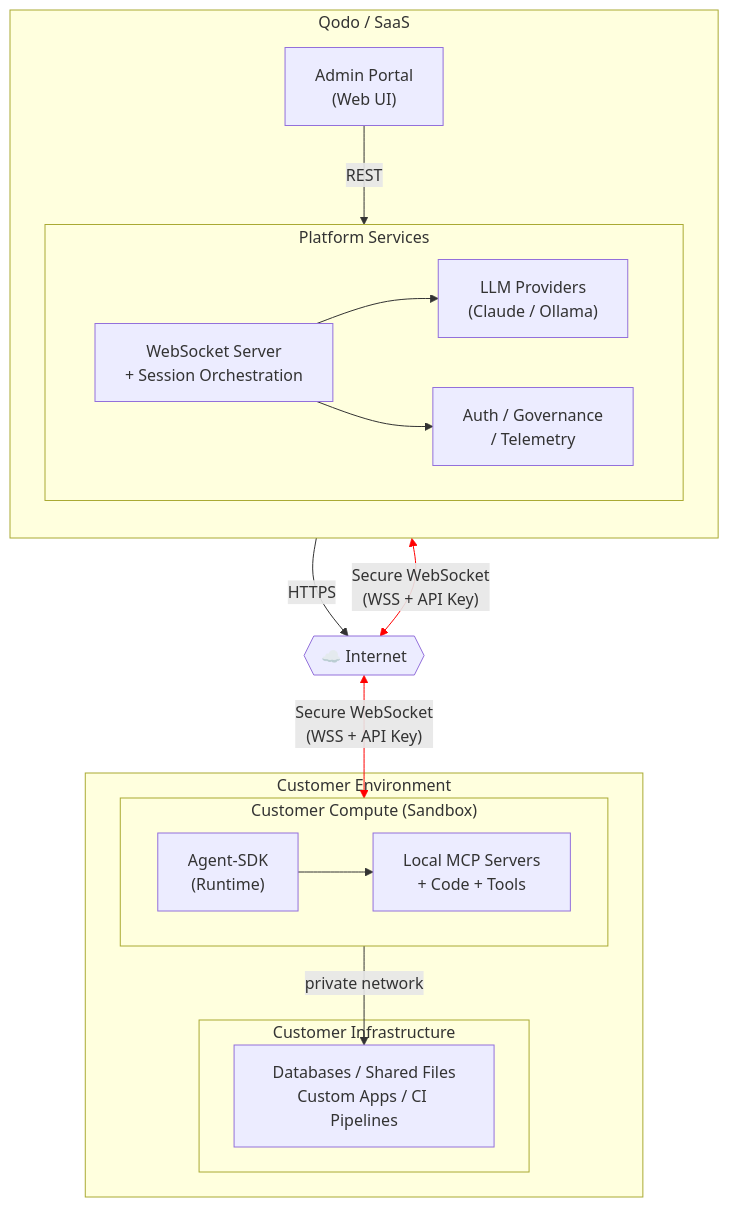
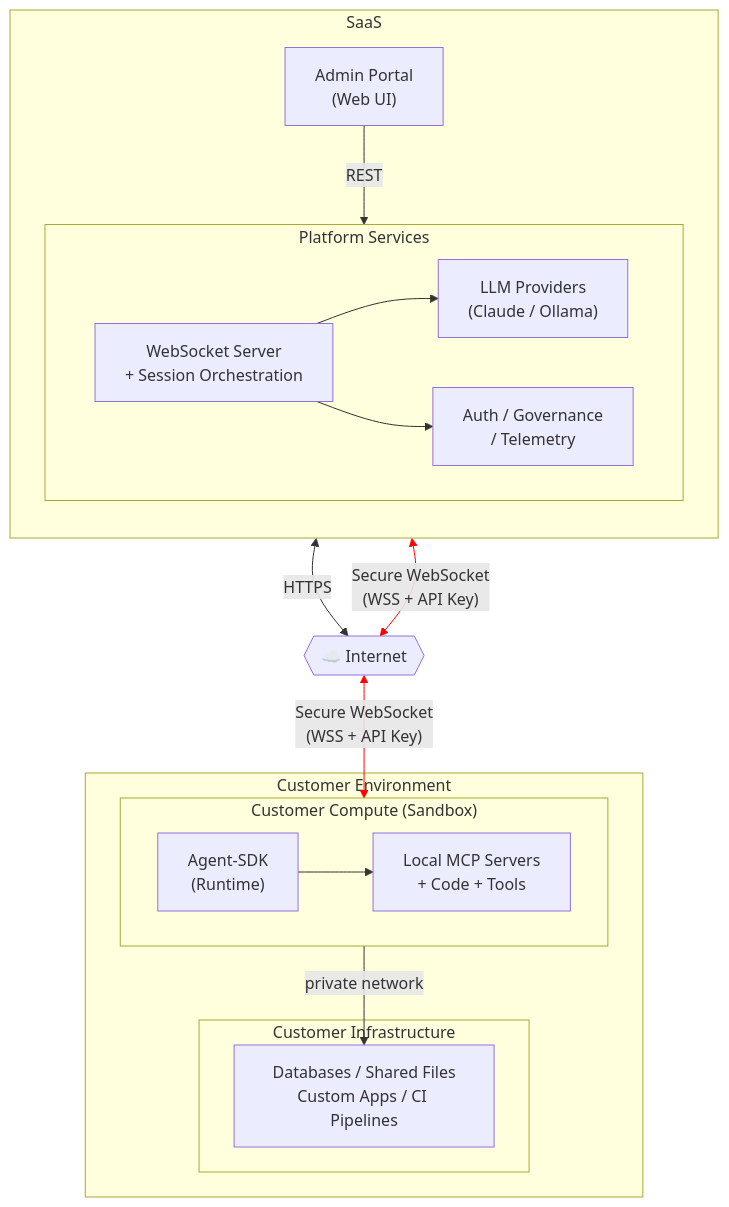
Before and after one commit to David-Parry/server-agents: the diagram in README.md, drawn with Mermaid. The commit also changed other lines of this file and 20 other files, not shown here.

````diff
--- a/README.md
+++ b/README.md
@@ -43,42 +43,42 @@
 ``` mermaid
 flowchart TB
-  subgraph Qodo["Qodo / SaaS"]
+  subgraph SaaS["SaaS"]
     direction TB
     C1["Admin Portal\n(Web UI)"]
 
     subgraph Platform["Platform Services"]
       direction LR
       B1["WebSocket Server\n+ Session Orchestration"]
       B2["LLM Providers\n(Claude / Ollama)"]
       B3["Auth / Governance\n/ Telemetry"]
       B1 --> B2
       B1 --> B3
     end
 
     C1 -->|"REST"| Platform
   end
 
   Internet{{"☁️ Internet"}}
 
   subgraph Customer["Customer Environment"]
     subgraph Compute["Customer Compute (Sandbox)"]
       direction LR
       A1["Agent-SDK\n(Runtime)"]
       A2["Local MCP Servers\n+ Code + Tools"]
       A1 --> A2
     end
 
     subgraph CustInfra["Customer Infrastructure"]
       D1["Databases / Shared Files\nCustom Apps / CI Pipelines"]
     end
 
     A2 -->|"private network"| D1
   end
 
-  C1 -->|"HTTPS"| Internet
+  C1 <-->|"HTTPS"| Internet
   B1 <-->|"Secure WebSocket\n(WSS + API Key)"| Internet
   Internet <-->|"Secure WebSocket\n(WSS + API Key)"| A1
 
   linkStyle 6 stroke:red
   linkStyle 7 stroke:red
 ```
````
